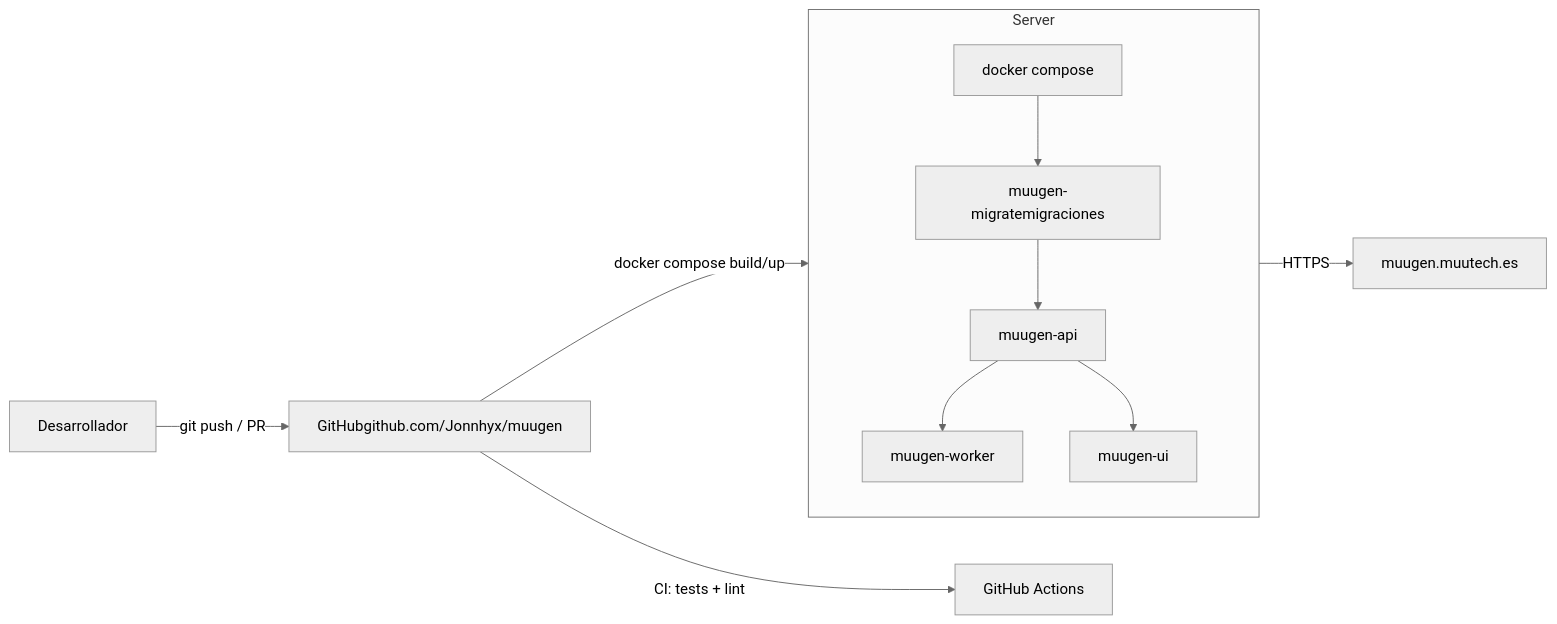
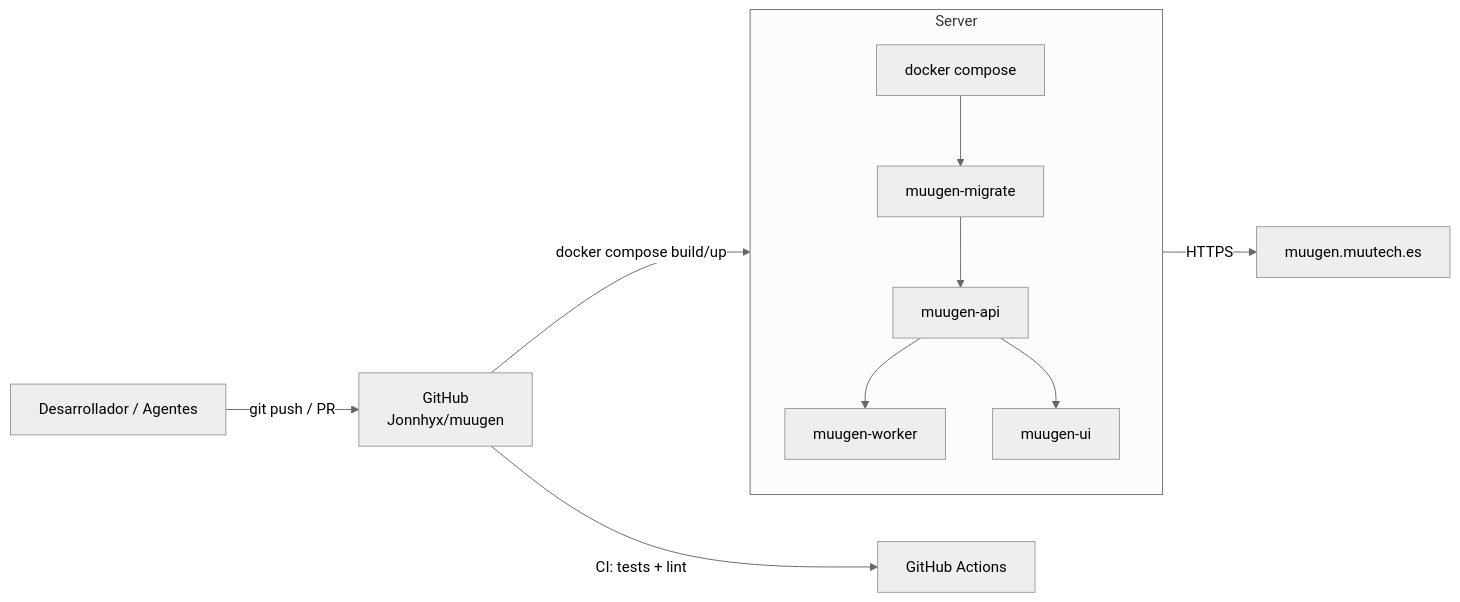
Before and after one commit to LIDR-academy/AI4Devs-finalproject: the second of 4 diagrams in readme.md, drawn with Mermaid (neutral theme). The commit also changed other lines of this file and 1 other file, not shown here.

````diff
--- a/readme.md
+++ b/readme.md
@@ -258,16 +243,16 @@
 ```mermaid
 graph LR
-    Dev[Desarrollador] -->|git push / PR| Repo[GitHubgithub.com/Jonnhyx/muugen]
+    Dev[Desarrollador / Agentes] -->|git push / PR| Repo[GitHub<br/>Jonnhyx/muugen]
     Repo -->|CI: tests + lint| CI[GitHub Actions]
     Repo -->|docker compose build/up| Server[Servidor AlmaLinux 9]
 
     subgraph Server
         Compose[docker compose]
-        Compose --> M[muugen-migratemigraciones]
+        Compose --> M[muugen-migrate]
         M --> A[muugen-api]
         A --> W[muugen-worker]
         A --> U[muugen-ui]
     end
 
     Server -->|HTTPS| Public[muugen.muutech.es]
 ```
````
